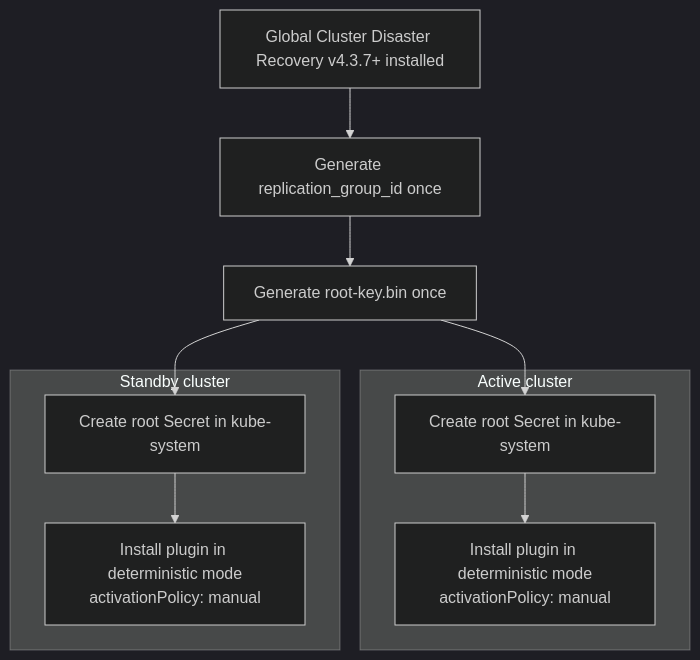
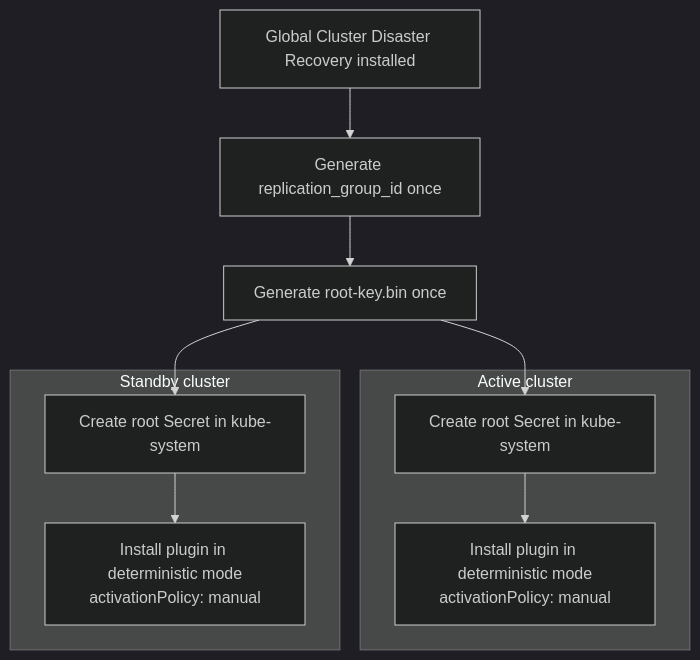
The first of 3 diagrams in docs/en/configure/etcd/encryption.mdx (alauda/acp-docs), drawn with Mermaid (dark theme) before and after one commit. The commit also changed other lines of this file, not shown here.

Commit message:
docs(etcd): drop the disaster recovery plugin version floor
Every Global Cluster Disaster Recovery version shipped with this
release already replicates the SeedBundle, so the v4.3.7 minimum no
longer applies.

````diff
--- a/docs/en/configure/etcd/encryption.mdx
+++ b/docs/en/configure/etcd/encryption.mdx
@@ -67,13 +67,13 @@
 ```mermaid
 flowchart TD
-    pre["Global Cluster Disaster Recovery v4.3.7+ installed"] --> gid["Generate replication_group_id once"]
+    pre["Global Cluster Disaster Recovery installed"] --> gid["Generate replication_group_id once"]
     gid --> key["Generate root-key.bin once"]
     key --> A1
     key --> S1
     subgraph active ["Active cluster"]
         A1["Create root Secret in kube-system"] --> A2["Install plugin in deterministic mode<br/>activationPolicy: manual"]
     end
     subgraph standby ["Standby cluster"]
         S1["Create root Secret in kube-system"] --> S2["Install plugin in deterministic mode<br/>activationPolicy: manual"]
     end
 ```
````
